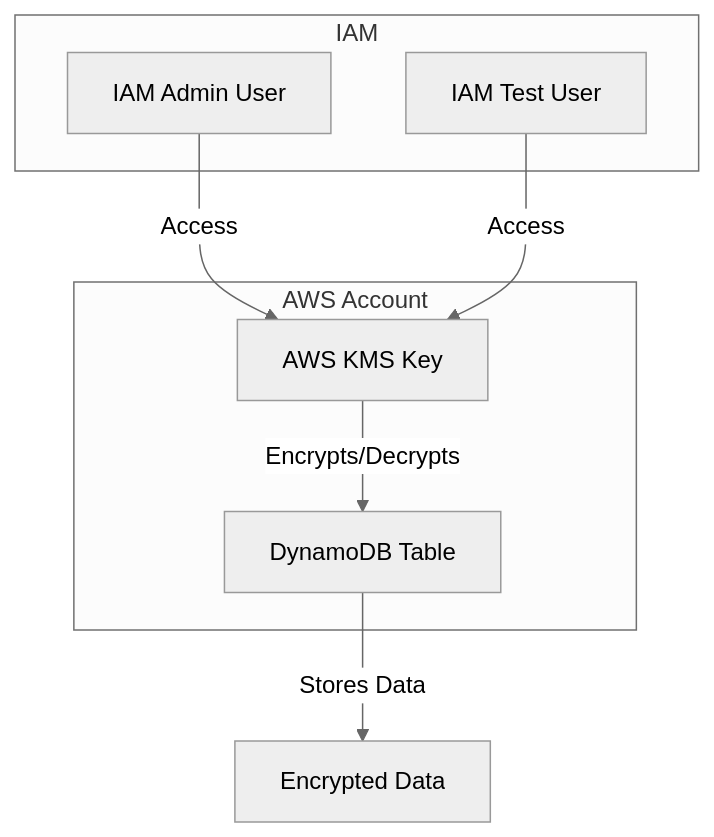
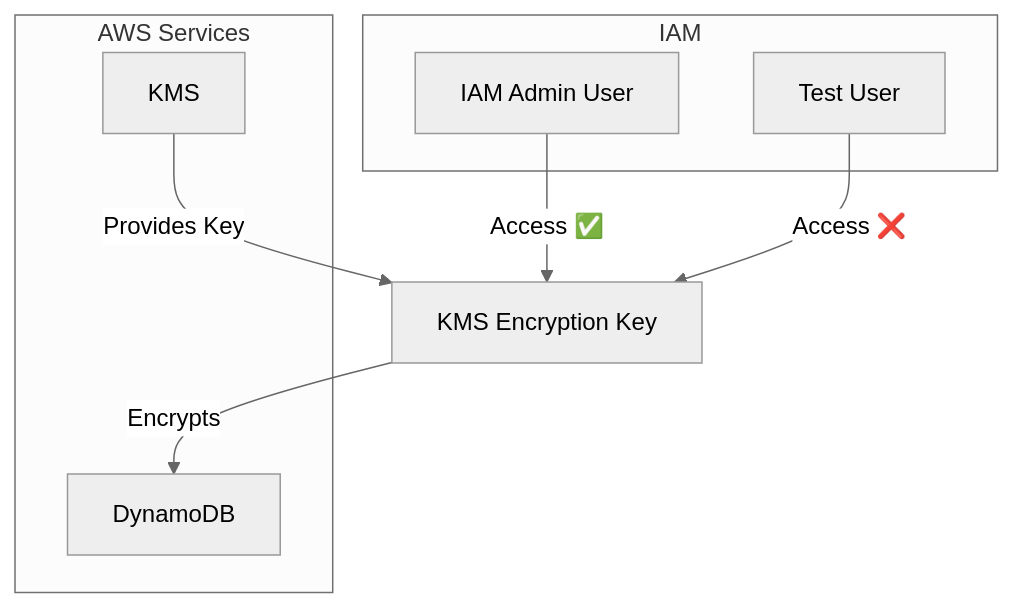
The diagram in Encyrpt Data with AWS KMS/Architecture Diagram AWS KMS.mmd (whenzvarrerz/Security---Amazon-Web-Services), drawn with Mermaid (neutral theme) before and after one commit.

Commit message:
Update Architecture Diagram AWS KMS.mmd

```diff
--- a/Encyrpt Data with AWS KMS/Architecture Diagram AWS KMS.mmd
+++ b/Encyrpt Data with AWS KMS/Architecture Diagram AWS KMS.mmd
@@ -1,15 +1,15 @@
 graph TD
-    A[IAM Admin User] -->|Access| B[AWS KMS Key]
-    C[IAM Test User] -->|Access| B
-    B -->|Encrypts/Decrypts| D[DynamoDB Table]
-    D -->|Stores Data| E[Encrypted Data]
+    A[KMS] -->|Provides Key| B[KMS Encryption Key]
+    B -->|Encrypts| C[DynamoDB]
+    D[IAM Admin User] -->|Access ✅| B
+    E[Test User] -->|Access ❌| B
 
-    subgraph AWS Account
-        B
-        D
+    subgraph AWS Services
+        A
+        C
     end
 
     subgraph IAM
-        A
-        C
+        D
+        E
     end
```
